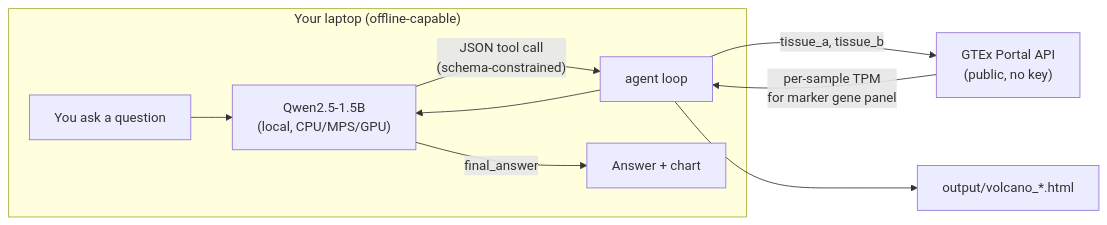
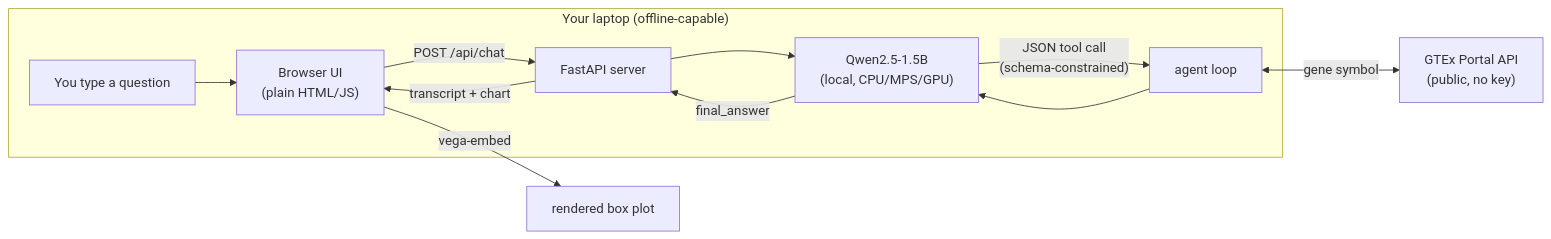
One commit to ccb-hms/local-inference-example changed the first of 2 diagrams in README.md. Above: the diagram before and after it, drawn with Mermaid. The commit also changed other lines of this file and 20 other files, not shown here.

````diff
--- a/README.md
+++ b/README.md
@@ -30,12 +20,14 @@
 ```mermaid
 flowchart LR
     subgraph laptop["Your laptop (offline-capable)"]
-        Q["You ask a question"] --> LLM["Qwen2.5-1.5B\n(local, CPU/MPS/GPU)"]
+        You["You type a question"] --> UI["Browser UI\n(plain HTML/JS)"]
+        UI -- "POST /api/chat" --> Server["FastAPI server"]
+        Server --> LLM["Qwen2.5-1.5B\n(local, CPU/MPS/GPU)"]
         LLM -- "JSON tool call\n(schema-constrained)" --> Loop["agent loop"]
         Loop --> LLM
-        LLM -- "final_answer" --> A["Answer + chart"]
+        LLM -- "final_answer" --> Server
+        Server -- "transcript + chart" --> UI
     end
-    Loop -- "tissue_a, tissue_b" --> GTEx["GTEx Portal API\n(public, no key)"]
-    GTEx -- "per-sample TPM\nfor marker gene panel" --> Loop
-    Loop --> Chart["output/volcano_*.html"]
+    Loop <-- "gene symbol" --> GTEx["GTEx Portal API\n(public, no key)"]
+    UI -- "vega-embed" --> Chart["rendered box plot"]
 ```
````
